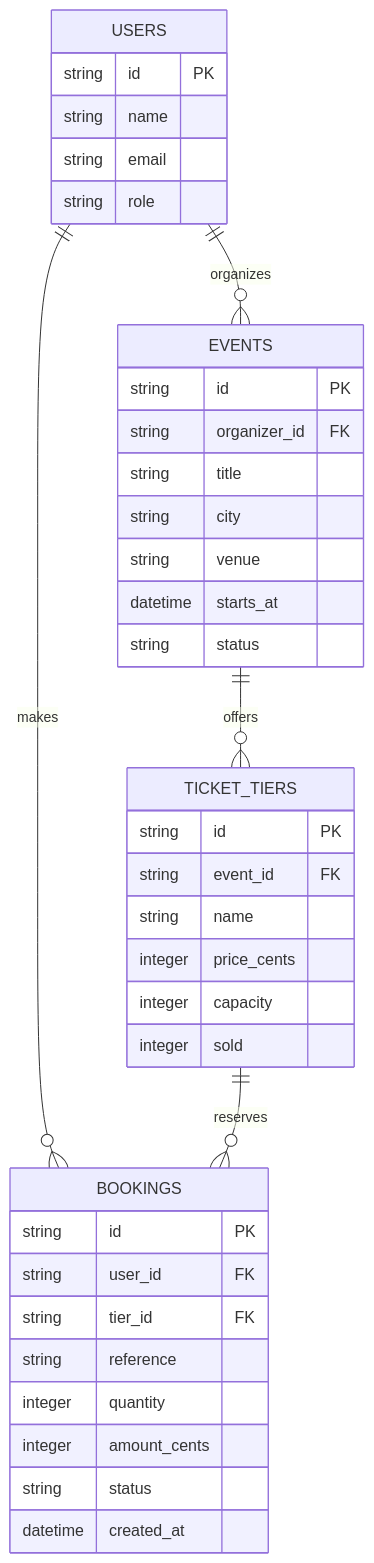
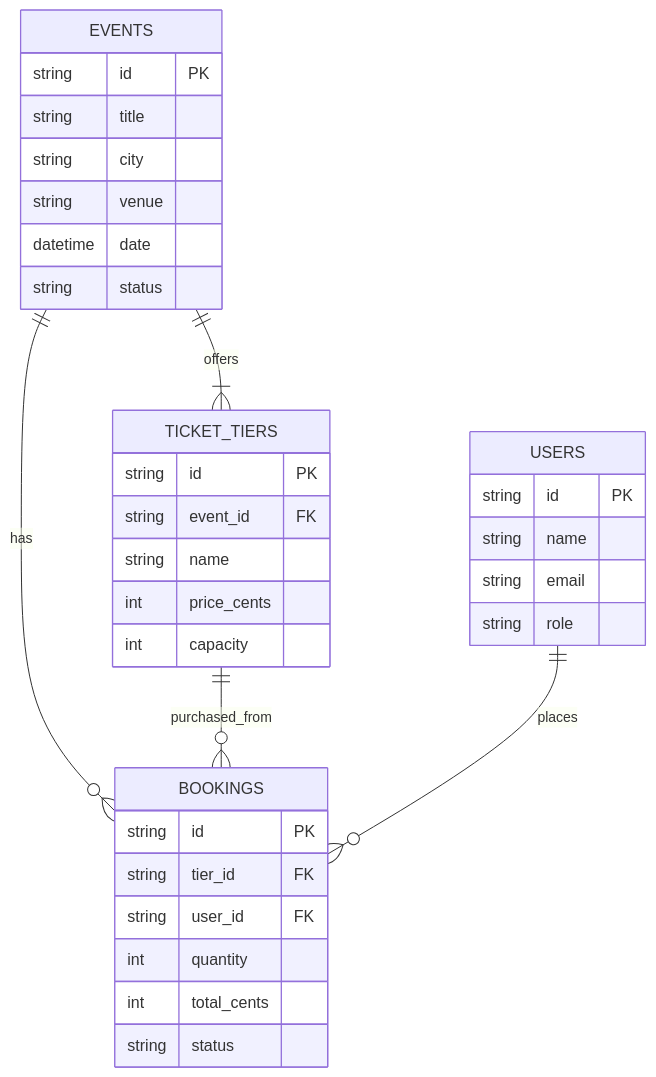
One commit to OlusolaDan/My-DSA-Capstone-Project changed the second of 3 diagrams in docs/architecture.md. Above: the diagram before and after it, drawn with Mermaid. The commit also changed other lines of this file and 8 other files, not shown here.

````diff
--- a/docs/architecture.md
+++ b/docs/architecture.md
@@ -21,41 +21,36 @@
 ```mermaid
 erDiagram
-  USERS ||--o{ EVENTS : organizes
-  USERS ||--o{ BOOKINGS : makes
-  EVENTS ||--o{ TICKET_TIERS : offers
-  TICKET_TIERS ||--o{ BOOKINGS : reserves
-
+  EVENTS ||--|{ TICKET_TIERS : offers
+  EVENTS ||--o{ BOOKINGS : has
+  TICKET_TIERS ||--o{ BOOKINGS : purchased_from
+  USERS ||--o{ BOOKINGS : places
+  EVENTS {
+    string id PK
+    string title
+    string city
+    string venue
+    datetime date
+    string status
+  }
+  TICKET_TIERS {
+    string id PK
+    string event_id FK
+    string name
+    int price_cents
+    int capacity
+  }
+  BOOKINGS {
+    string id PK
+    string tier_id FK
+    string user_id FK
+    int quantity
+    int total_cents
+    string status
+  }
   USERS {
     string id PK
     string name
     string email
     string role
   }
-  EVENTS {
-    string id PK
-    string organizer_id FK
-    string title
-    string city
-    string venue
-    datetime starts_at
-    string status
-  }
-  TICKET_TIERS {
-    string id PK
-    string event_id FK
-    string name
-    integer price_cents
-    integer capacity
-    integer sold
-  }
-  BOOKINGS {
-    string id PK
-    string user_id FK
-    string tier_id FK
-    string reference
-    integer quantity
-    integer amount_cents
-    string status
-    datetime created_at
-  }
 ```
````
